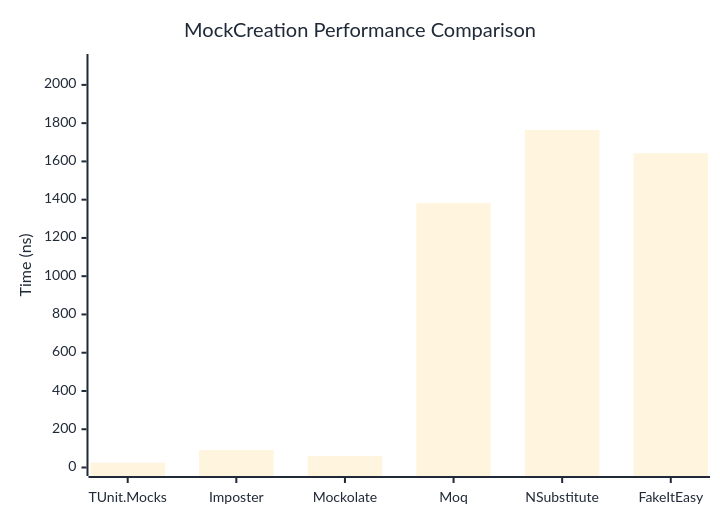
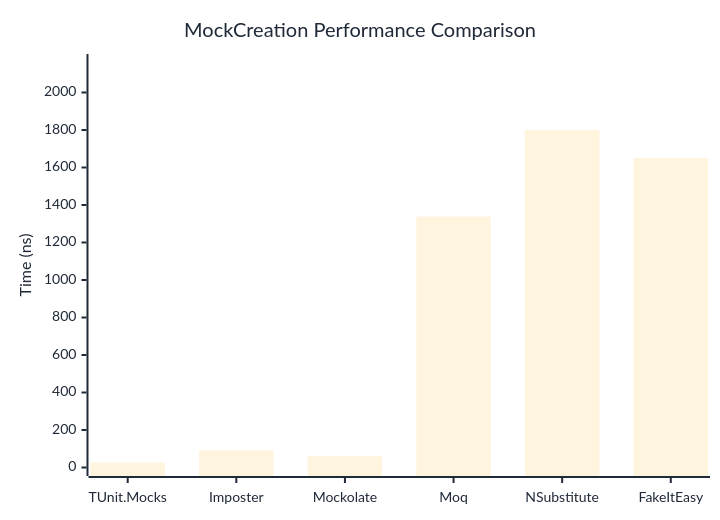
One commit to thomhurst/TUnit changed the first of 2 diagrams in docs/docs/benchmarks/mocks/MockCreation.md. Above: the diagram before and after it, drawn with Mermaid. The commit also changed other lines of this file and 14 other files, not shown here.

````diff
--- a/docs/docs/benchmarks/mocks/MockCreation.md
+++ b/docs/docs/benchmarks/mocks/MockCreation.md
@@ -28,27 +28,27 @@
 ```mermaid
 %%{init: {
   'theme':'base',
   'themeVariables': {
     'primaryColor': '#2563eb',
     'primaryTextColor': '#1f2937',
     'primaryBorderColor': '#1e40af',
     'lineColor': '#6b7280',
     'secondaryColor': '#7c3aed',
     'tertiaryColor': '#dc2626',
     'background': '#ffffff',
     'pie1': '#2563eb',
     'pie2': '#7c3aed',
     'pie3': '#dc2626',
     'pie4': '#f59e0b',
     'pie5': '#10b981',
     'pie6': '#06b6d4',
     'pie7': '#ec4899',
     'pie8': '#6366f1'
   }
 }}%%
 xychart-beta
   title "MockCreation Performance Comparison"
   x-axis ["TUnit.Mocks", "Imposter", "Mockolate", "Moq", "NSubstitute", "FakeItEasy"]
-  y-axis "Time (ns)" 0 --> 2117
-  bar [25.56, 90.86, 59.49, 1381.77, 1764.02, 1642.84]
+  y-axis "Time (ns)" 0 --> 2160
+  bar [26.63, 91.31, 60.32, 1338.29, 1799.74, 1651.04]
 ```
````
